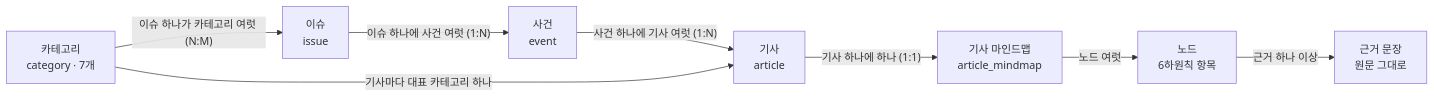
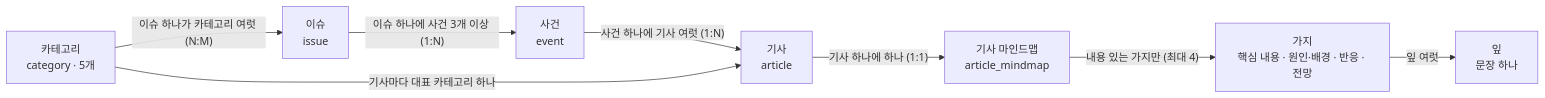
Before and after one commit to a102-NEWLEARN/NEW-LEARN: the diagram in docs/glossary.md, drawn with Mermaid. The commit also changed other lines of this file and 2 other files, not shown here.

````diff
--- a/docs/glossary.md
+++ b/docs/glossary.md
@@ -14,10 +15,10 @@
 ```mermaid
 flowchart LR
-  C["카테고리<br/>category · 7개"] -- "이슈 하나가 카테고리 여럿 (N:M)" --> I["이슈<br/>issue"]
-  I -- "이슈 하나에 사건 여럿 (1:N)" --> E["사건<br/>event"]
+  C["카테고리<br/>category · 5개"] -- "이슈 하나가 카테고리 여럿 (N:M)" --> I["이슈<br/>issue"]
+  I -- "이슈 하나에 사건 3개 이상 (1:N)" --> E["사건<br/>event"]
   E -- "사건 하나에 기사 여럿 (1:N)" --> A["기사<br/>article"]
   C -- "기사마다 대표 카테고리 하나" --> A
   A -- "기사 하나에 하나 (1:1)" --> M["기사 마인드맵<br/>article_mindmap"]
-  M -- "노드 여럿" --> N["노드<br/>6하원칙 항목"]
-  N -- "근거 하나 이상" --> V["근거 문장<br/>원문 그대로"]
+  M -- "내용 있는 가지만 (최대 4)" --> B["가지<br/>핵심 내용 · 원인·배경 · 반응 · 전망"]
+  B -- "잎 여럿" --> L["잎<br/>문장 하나"]
 ```
````
